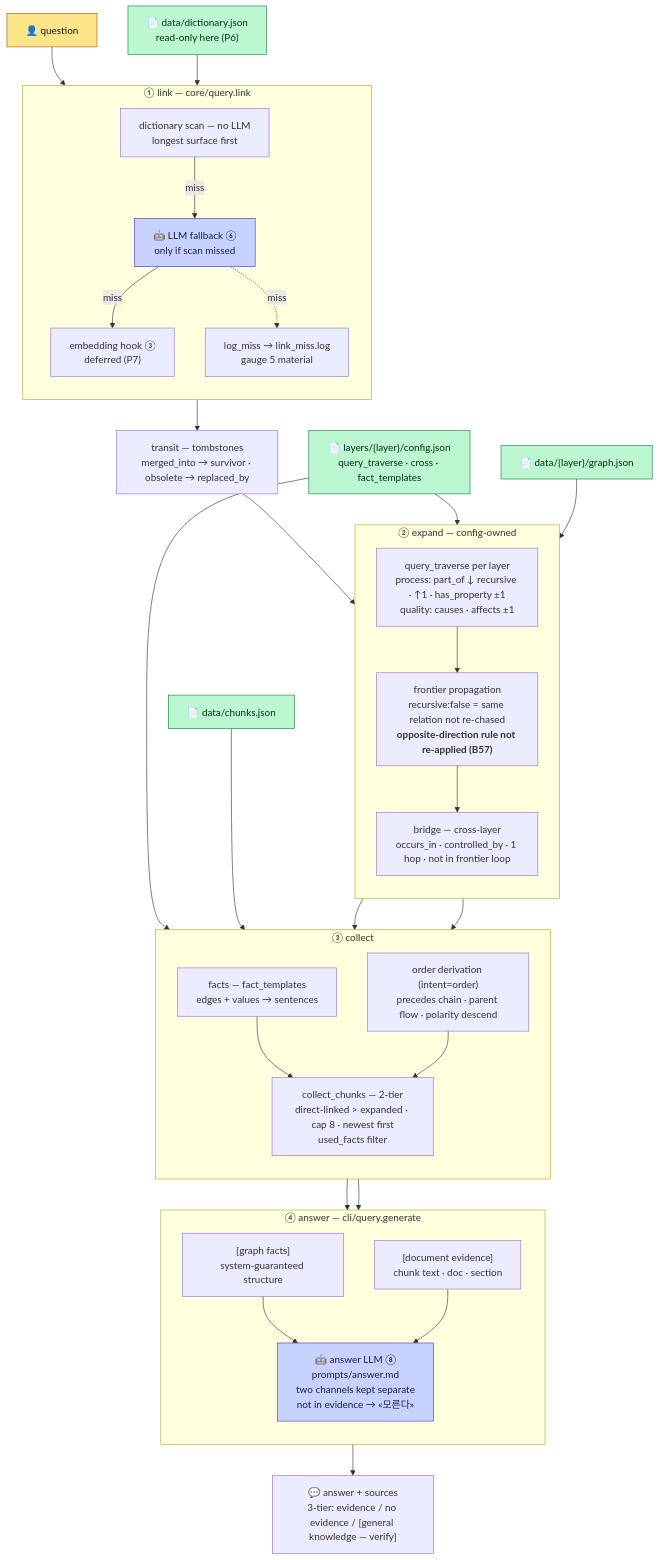
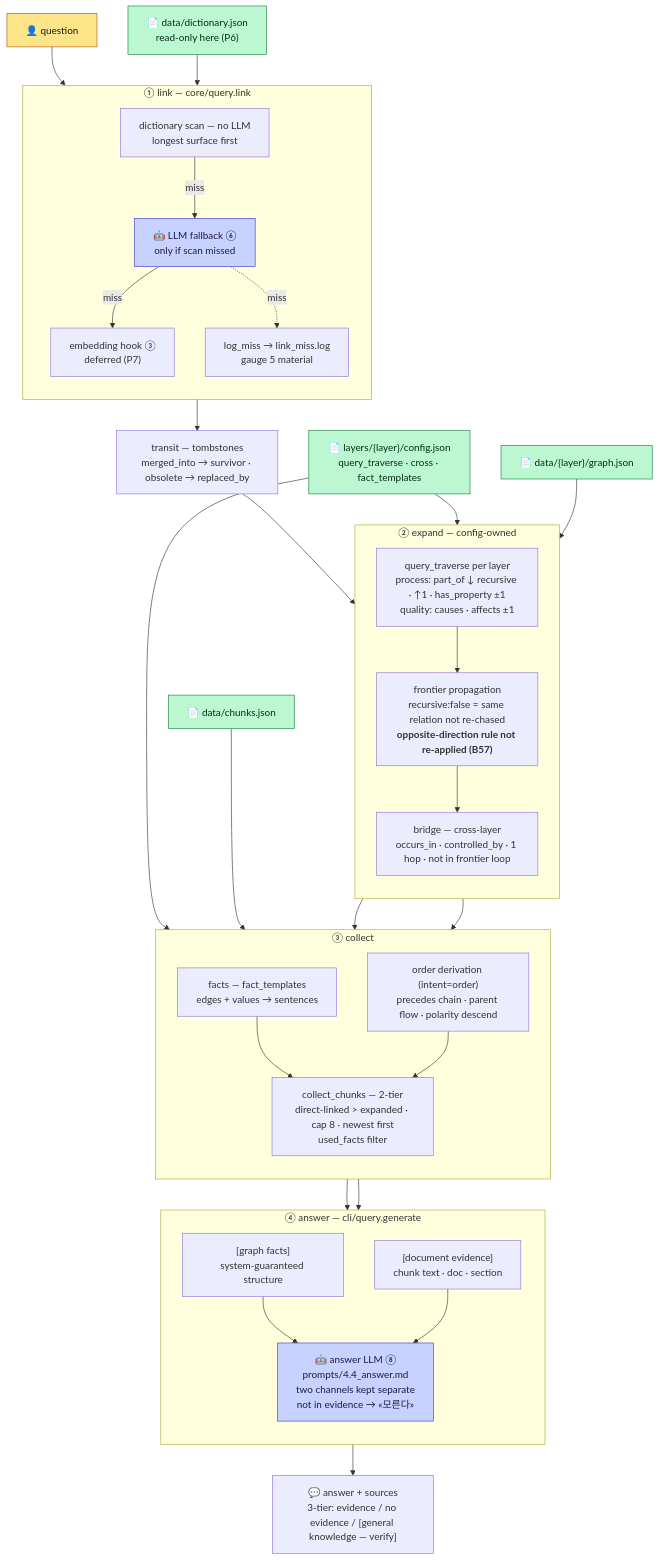
Before and after one commit to playjae0/ontology_system: the diagram in docs/구조도/04_질의.md, drawn with Mermaid. The commit also changed other lines of this file and 12 other files, not shown here.

````diff
--- a/docs/구조도/04_질의.md
+++ b/docs/구조도/04_질의.md
@@ -10,63 +10,63 @@
 ```mermaid
 flowchart TD
   QN["👤 question"]
 
   subgraph L["① link — core/query.link"]
     direction TB
     L1["dictionary scan — no LLM<br/>longest surface first"]
     L2["🤖 LLM fallback ⑥<br/>only if scan missed"]
     L3["embedding hook ③<br/>deferred (P7)"]
     L1 -- "miss" --> L2 -- "miss" --> L3
     LM["log_miss → link_miss.log<br/>gauge 5 material"]
     L2 -. "miss" .-> LM
   end
   QN --> L1
 
   TR["transit — tombstones<br/>merged_into → survivor · obsolete → replaced_by"]
   L --> TR
 
   subgraph E["② expand — config-owned"]
     direction TB
     E1["query_traverse per layer<br/>process: part_of ↓ recursive · ↑1 · has_property ±1<br/>quality: causes · affects ±1"]
     E2["frontier propagation<br/>recursive:false = same relation not re-chased<br/><b>opposite-direction rule not re-applied (B57)</b>"]
     E3["bridge — cross-layer<br/>occurs_in · controlled_by · 1 hop · not in frontier loop"]
     E1 --> E2 --> E3
   end
   TR --> E1
 
   subgraph C["③ collect"]
     direction TB
     C1["facts — fact_templates<br/>edges + values → sentences"]
     C2["order derivation (intent=order)<br/>precedes chain · parent flow · polarity descend"]
     C3["collect_chunks — 2-tier<br/>direct-linked > expanded · cap 8 · newest first<br/>used_facts filter"]
     C1 --> C3
     C2 --> C3
   end
   E --> C1
   E --> C2
 
   subgraph A["④ answer — cli/query.generate"]
     direction TB
     CH1["[graph facts]<br/>system-guaranteed structure"]
     CH2["[document evidence]<br/>chunk text · doc · section"]
-    AN["🤖 answer LLM ⑧<br/>prompts/answer.md<br/>two channels kept separate<br/>not in evidence → «모른다»"]
+    AN["🤖 answer LLM ⑧<br/>prompts/4.4_answer.md<br/>two channels kept separate<br/>not in evidence → «모른다»"]
     CH1 --> AN
     CH2 --> AN
   end
   C3 --> CH1
   C3 --> CH2
   AN --> OUT["💬 answer + sources<br/>3-tier: evidence / no evidence / [general knowledge — verify]"]
 
   CFG["📄 layers/{layer}/config.json<br/>query_traverse · cross · fact_templates"] --> E1
   CFG --> C1
   DICT["📄 data/dictionary.json<br/>read-only here (P6)"] --> L1
   GR["📄 data/{layer}/graph.json"] --> E1
   CK["📄 data/chunks.json"] --> C3
 
   classDef llm fill:#c7d2fe,stroke:#4338ca,color:#1e1b4b
   classDef asset fill:#bbf7d0,stroke:#15803d,color:#052e16
   classDef human fill:#fde68a,stroke:#b45309,color:#1c1917
   class L2,AN llm
   class CFG,DICT,GR,CK asset
   class QN human
 ```
````
